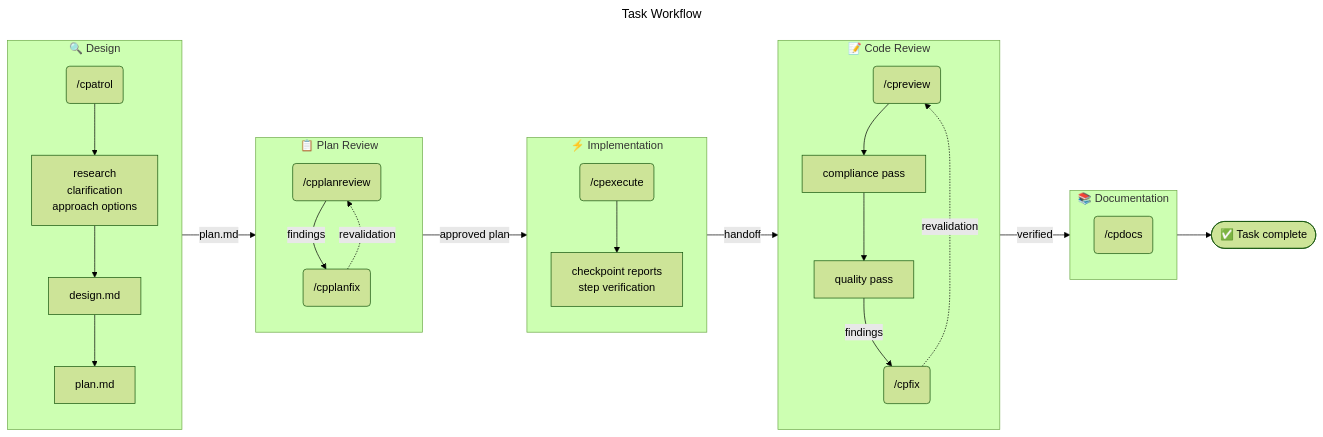
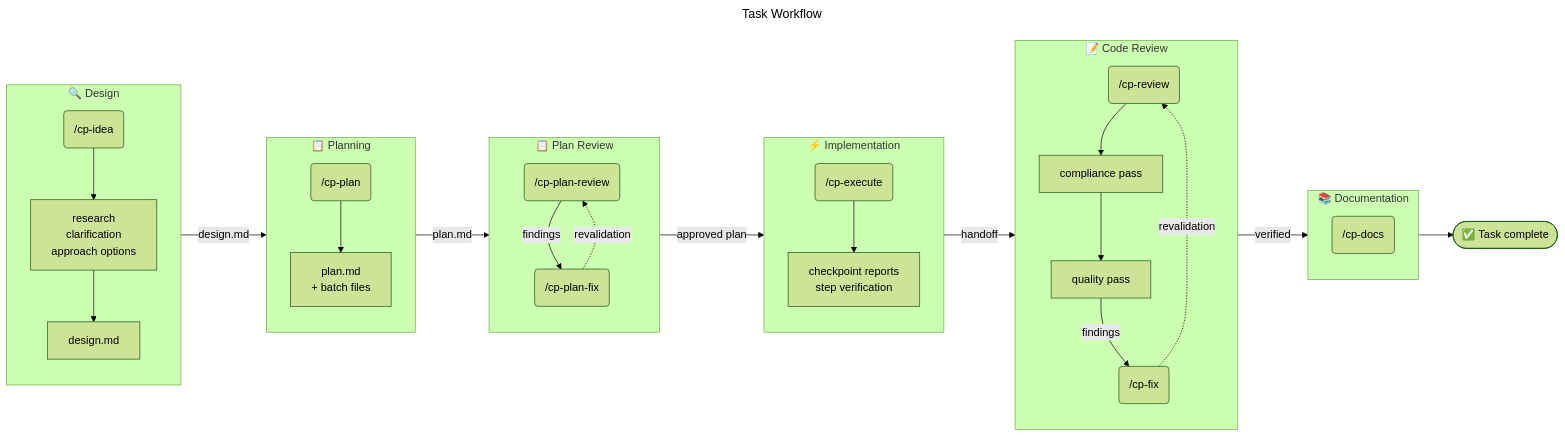
Before and after one commit to unger1984/codepatrol: the first of 3 diagrams in README.md, drawn with Mermaid (forest theme). The commit also changed other lines of this file and 75 other files, not shown here.

````diff
--- a/README.md
+++ b/README.md
@@ -74,50 +75,57 @@
 ```mermaid
 ---
 title: Task Workflow
 ---
 flowchart LR
     subgraph design ["🔍 Design"]
         direction TB
-        cpatrol("/cpatrol")
+        cpidea("/cp-idea")
         research["research\nclarification\napproach options"]
         des["design.md"]
-        plan["plan.md"]
-        cpatrol --> research --> des --> plan
+        cpidea --> research --> des
+    end
+
+    subgraph planning ["📋 Planning"]
+        direction TB
+        cpplan("/cp-plan")
+        plan["plan.md\n+ batch files"]
+        cpplan --> plan
     end
 
     subgraph plancheck ["📋 Plan Review"]
         direction TB
-        planreview("/cpplanreview")
-        planfix("/cpplanfix")
+        planreview("/cp-plan-review")
+        planfix("/cp-plan-fix")
         planreview -- "findings" --> planfix
         planfix -. "revalidation" .-> planreview
     end
 
     subgraph impl ["⚡ Implementation"]
         direction TB
-        execute("/cpexecute")
+        execute("/cp-execute")
         checkpoints["checkpoint reports\nstep verification"]
         execute --> checkpoints
     end
 
     subgraph review ["📝 Code Review"]
         direction TB
-        cpreview("/cpreview")
+        cpreviewn("/cp-review")
         compliance["compliance pass"]
         quality["quality pass"]
-        cpfix("/cpfix")
-        cpreview --> compliance --> quality
-        quality -- "findings" --> cpfix
-        cpfix -. "revalidation" .-> cpreview
+        cpfixn("/cp-fix")
+        cpreviewn --> compliance --> quality
+        quality -- "findings" --> cpfixn
+        cpfixn -. "revalidation" .-> cpreviewn
     end
 
     subgraph docs ["📚 Documentation"]
-        cpdocs("/cpdocs")
+        cpdocs("/cp-docs")
     end
 
-    design -- "plan.md" --> plancheck
+    design -- "design.md" --> planning
+    planning -- "plan.md" --> plancheck
     plancheck -- "approved plan" --> impl
     impl -- "handoff" --> review
     review -- "verified" --> docs
     docs --> done([✅ Task complete])
 ```
````
